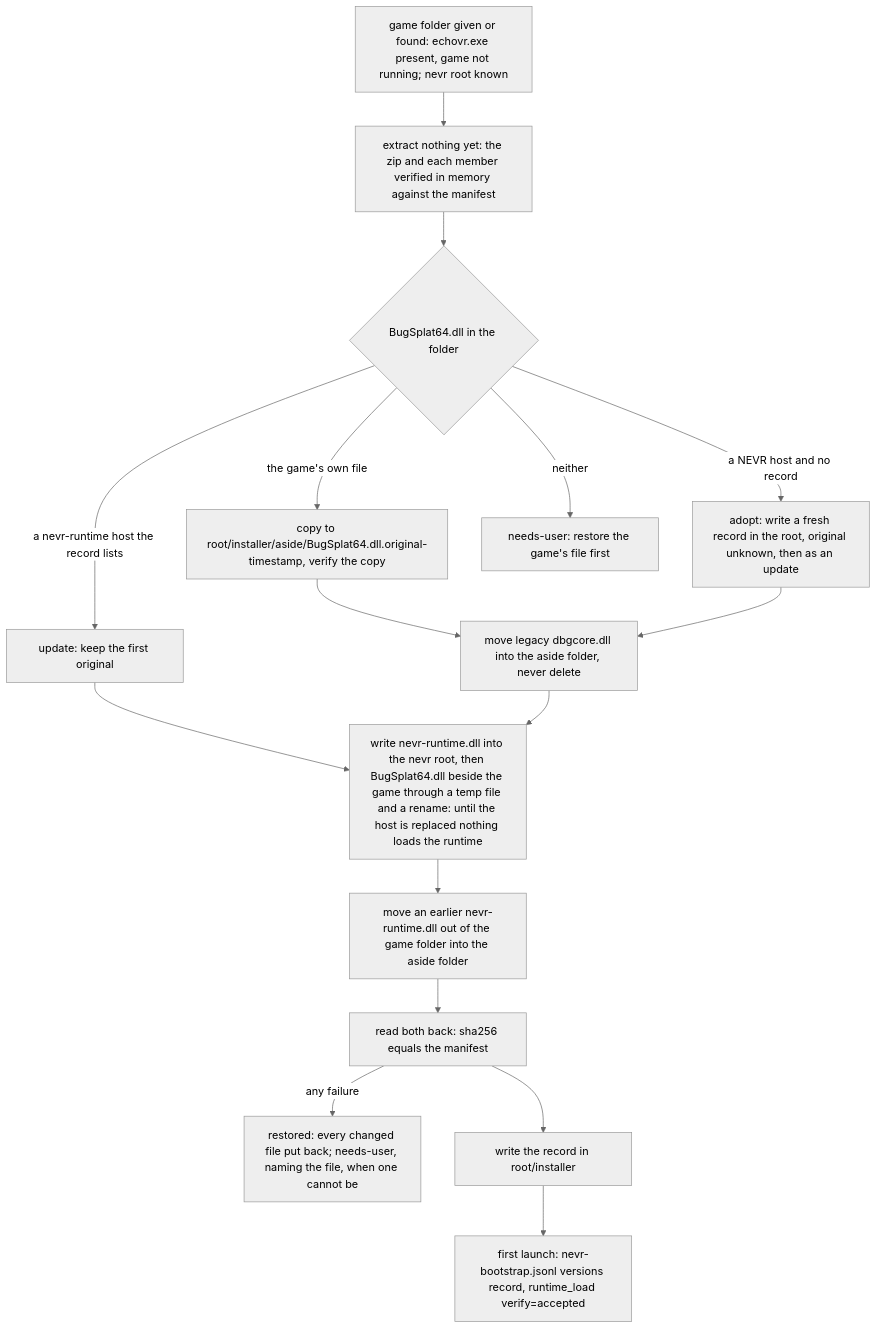
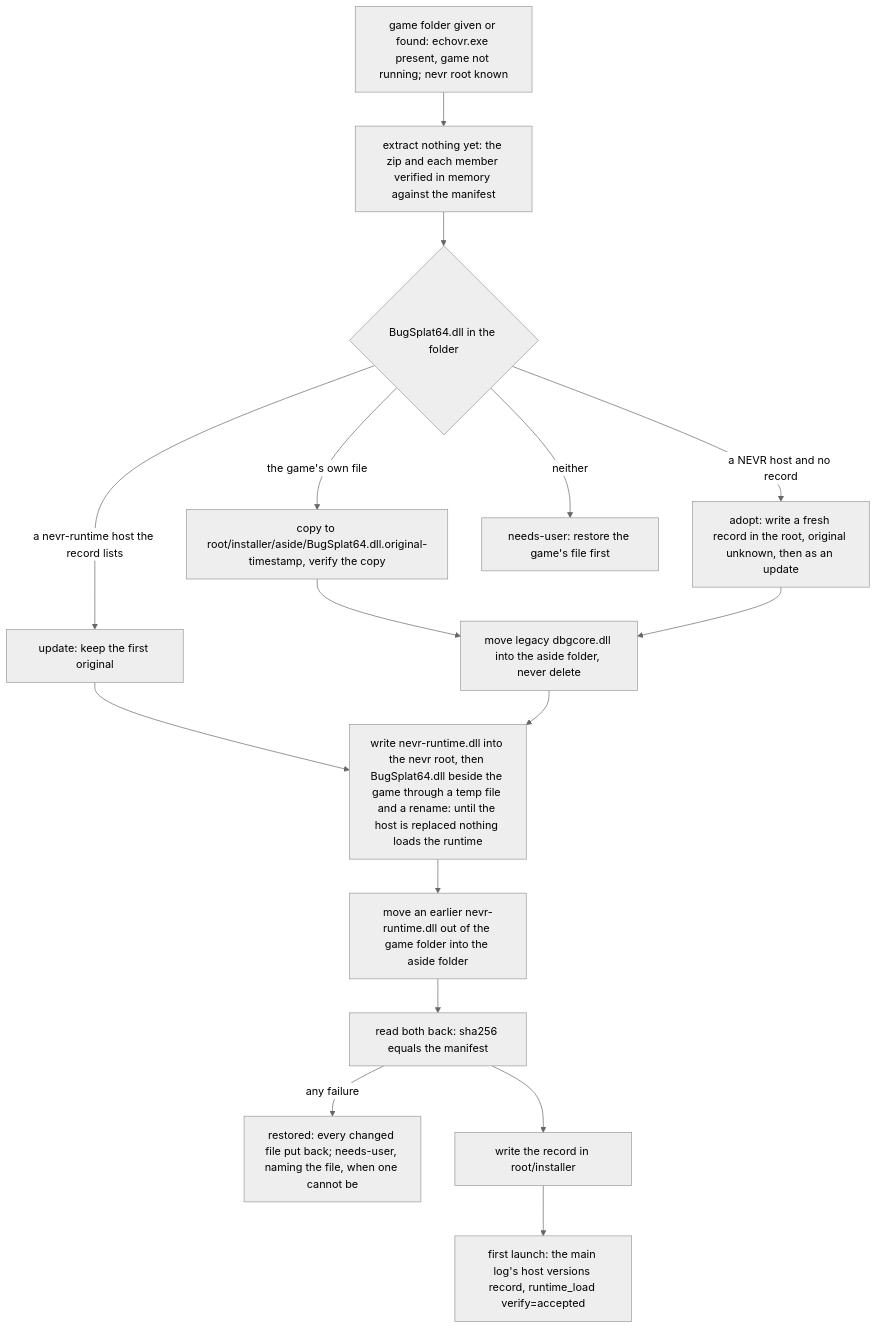
Before and after one commit to EchoTools/nevr-runtime: the second of 4 diagrams in docs/adr/0023-core-install-method.md, drawn with Mermaid (neutral theme). The commit also changed 34 other files, not shown here.

First line of the commit message:
feat(quest): the sentinel writes the PC's main log shape, one file for each run, in nevr/logs

````diff
--- a/docs/adr/0023-core-install-method.md
+++ b/docs/adr/0023-core-install-method.md
@@ -75,18 +75,18 @@
 ```mermaid
 flowchart TD
     P0[game folder given or found: echovr.exe present, game not running; nevr root known] --> P1[extract nothing yet: the zip and each member verified in memory against the manifest]
     P1 --> P2{BugSplat64.dll in the folder}
     P2 -->|the game's own file| P3[copy to root/installer/aside/BugSplat64.dll.original-timestamp, verify the copy]
     P2 -->|a nevr-runtime host the record lists| P4[update: keep the first original]
     P2 -->|a NEVR host and no record| PA[adopt: write a fresh record in the root, original unknown, then as an update]
     P2 -->|neither| X[needs-user: restore the game's file first]
     P3 --> P5[move legacy dbgcore.dll into the aside folder, never delete]
     P4 --> P6
     PA --> P5
     P5 --> P6[write nevr-runtime.dll into the nevr root, then BugSplat64.dll beside the game through a temp file and a rename: until the host is replaced nothing loads the runtime]
     P6 --> P6b[move an earlier nevr-runtime.dll out of the game folder into the aside folder]
     P6b --> P7[read both back: sha256 equals the manifest]
     P7 -->|any failure| R[restored: every changed file put back; needs-user, naming the file, when one cannot be]
     P7 --> P8[write the record in root/installer]
-    P8 --> P9[first launch: nevr-bootstrap.jsonl versions record, runtime_load verify=accepted]
+    P8 --> P9[first launch: the main log's host versions record, runtime_load verify=accepted]
 ```
````
